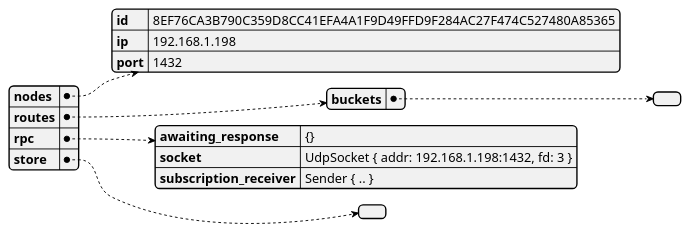
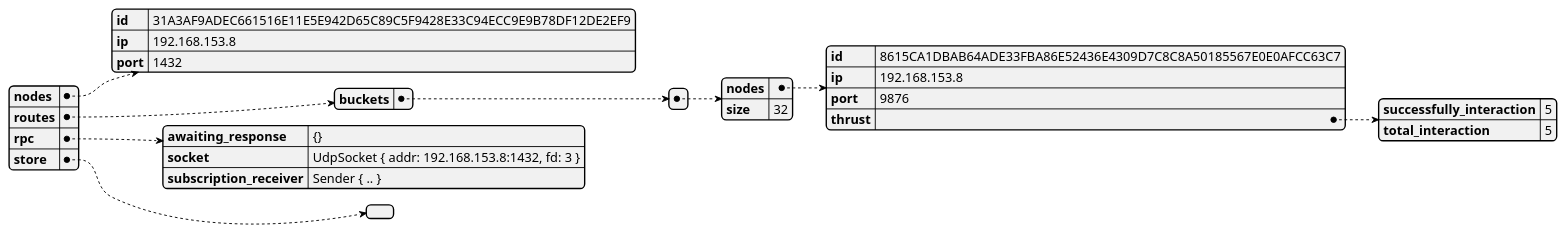
The diagram in src/distributed_legder/state_dumps/self.json.plantuml (GoliathHagar/distributed_legder_kademlia), drawn with PlantUML before and after one commit. The commit also changed 13 other files, not shown here.

```diff
--- a/src/distributed_legder/state_dumps/self.json.plantuml
+++ b/src/distributed_legder/state_dumps/self.json.plantuml
@@ -1,3 +1,3 @@
 @startjson
-{"nodes":{"id":"8EF76CA3B790C359D8CC41EFA4A1F9D49FFD9F284AC27F474C527480A85365","ip":"192.168.1.198","port":1432},"routes":{"buckets":[]},"rpc":{"awaiting_response":"{}","socket":"UdpSocket { addr: 192.168.1.198:1432, fd: 3 }","subscription_receiver":"Sender { .. }"},"store":[]}
+{"nodes":{"id":"31A3AF9ADEC661516E11E5E942D65C89C5F9428E33C94ECC9E9B78DF12DE2EF9","ip":"192.168.153.8","port":1432},"routes":{"buckets":[{"nodes":{"id":"8615CA1DBAB64ADE33FBA86E52436E4309D7C8C8A50185567E0E0AFCC63C7","ip":"192.168.153.8","port":9876,"thrust":{"successfully_interaction":5,"total_interaction":5}},"size":32}]},"rpc":{"awaiting_response":"{}","socket":"UdpSocket { addr: 192.168.153.8:1432, fd: 3 }","subscription_receiver":"Sender { .. }"},"store":[]}
 @endjson
```
